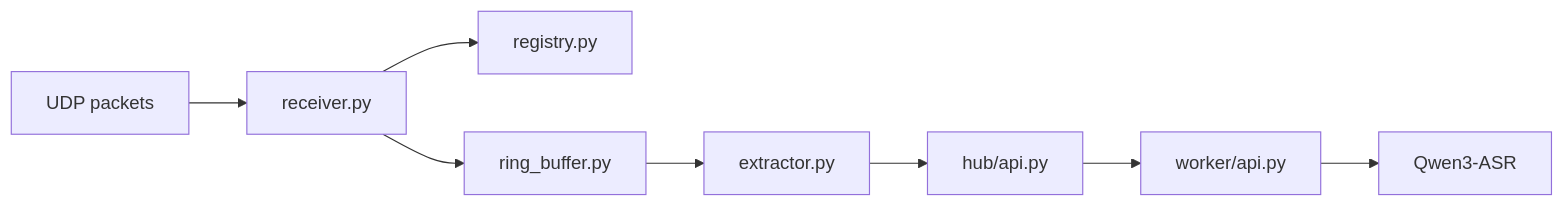
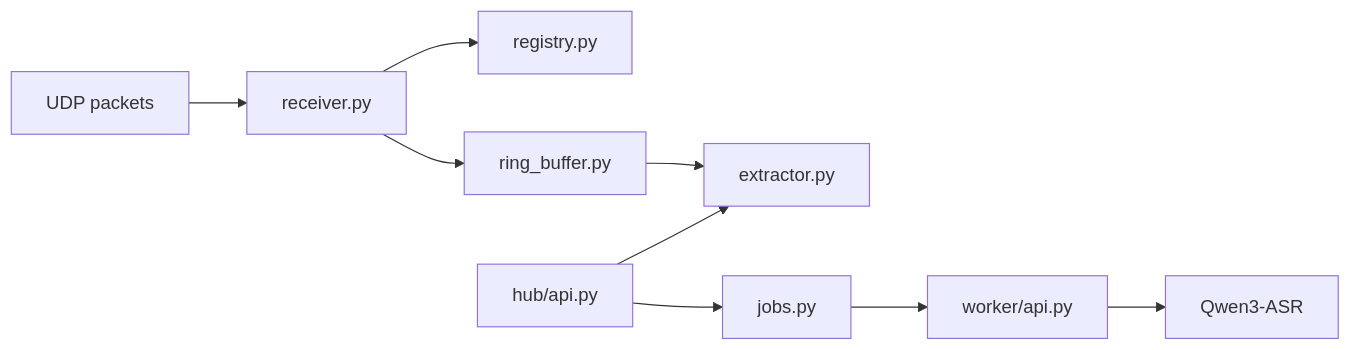
The diagram in Software/pc_hub/README.md (Tobi1chi/EchoTrigger), drawn with Mermaid before and after one commit. The commit also changed other lines of this file and 3 other files, not shown here.

````diff
--- a/Software/pc_hub/README.md
+++ b/Software/pc_hub/README.md
@@ -17,10 +17,11 @@
 ```mermaid
 flowchart LR
   udp["UDP packets"] --> recv["receiver.py"]
   recv --> reg["registry.py"]
   recv --> ring["ring_buffer.py"]
   ring --> ext["extractor.py"]
-  ext --> api["hub/api.py"]
-  api --> worker["worker/api.py"]
+  api["hub/api.py"] --> ext
+  api --> jobs["jobs.py"]
+  jobs --> worker["worker/api.py"]
   worker --> asr["Qwen3-ASR"]
 ```
````
